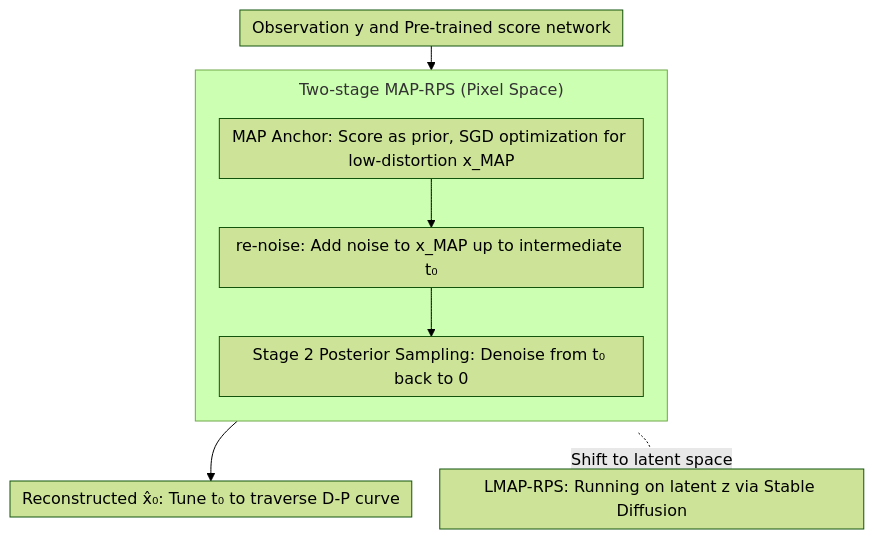
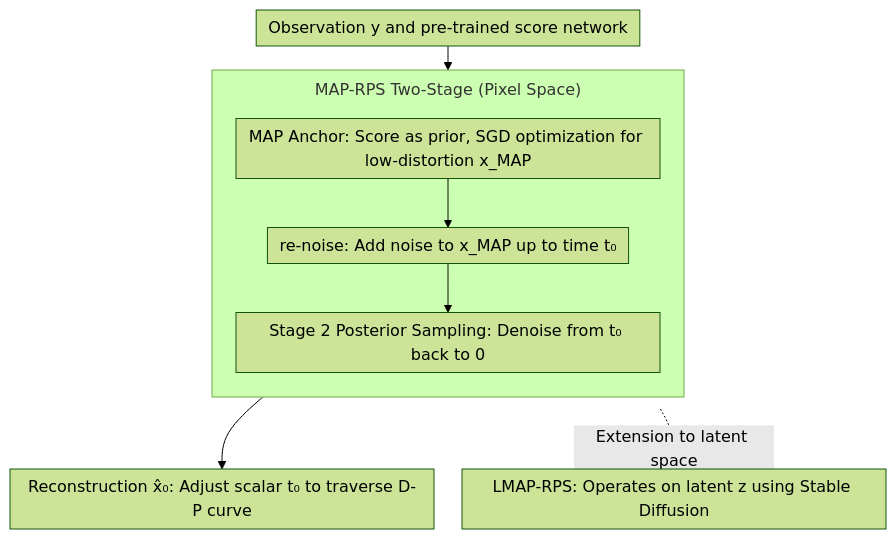
Before and after one commit to zhaoyang97/Paper-Notes-en: the diagram in docs/ICML2026/image_generation/stage-wise_distortion-perception_traversal_in_zero-shot_inverse_problems_with_di.md, drawn with Mermaid (forest theme). The commit also changed other lines of this file and 5084 other files, not shown here.

````diff
--- a/docs/ICML2026/image_generation/stage-wise_distortion-perception_traversal_in_zero-shot_inverse_problems_with_di.md
+++ b/docs/ICML2026/image_generation/stage-wise_distortion-perception_traversal_in_zero-shot_inverse_problems_with_di.md
@@ -47,12 +47,12 @@
 ```mermaid
 %%{init: {'flowchart': {'rankSpacing': 24, 'nodeSpacing': 28, 'padding': 6, 'wrappingWidth': 400, 'subGraphTitleMargin': {'top': 8, 'bottom': 16}}}}%%
 flowchart TD
-    A["Observation y and Pre-trained score network"] --> B
-    subgraph CORE["Two-stage MAP-RPS (Pixel Space)"]
+    A["Observation y and pre-trained score network"] --> B
+    subgraph CORE["MAP-RPS Two-Stage (Pixel Space)"]
         direction TB
-        B["MAP Anchor: Score as prior, SGD optimization for low-distortion x_MAP"] --> C["re-noise: Add noise to x_MAP up to intermediate t₀"]
+        B["MAP Anchor: Score as prior, SGD optimization for low-distortion x_MAP"] --> C["re-noise: Add noise to x_MAP up to time t₀"]
         C --> D["Stage 2 Posterior Sampling: Denoise from t₀ back to 0"]
     end
-    D --> E["Reconstructed x̂₀: Tune t₀ to traverse D-P curve"]
-    CORE -.Shift to latent space.-> F["LMAP-RPS: Running on latent z via Stable Diffusion"]
+    D --> E["Reconstruction x̂₀: Adjust scalar t₀ to traverse D-P curve"]
+    CORE -.Extension to latent space.-> F["LMAP-RPS: Operates on latent z using Stable Diffusion"]
 ```
````
